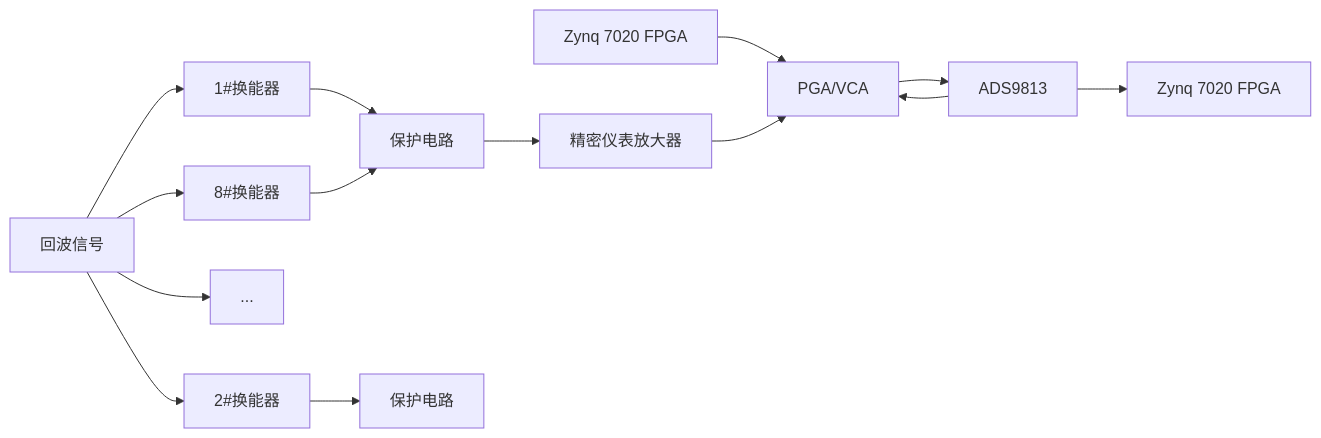
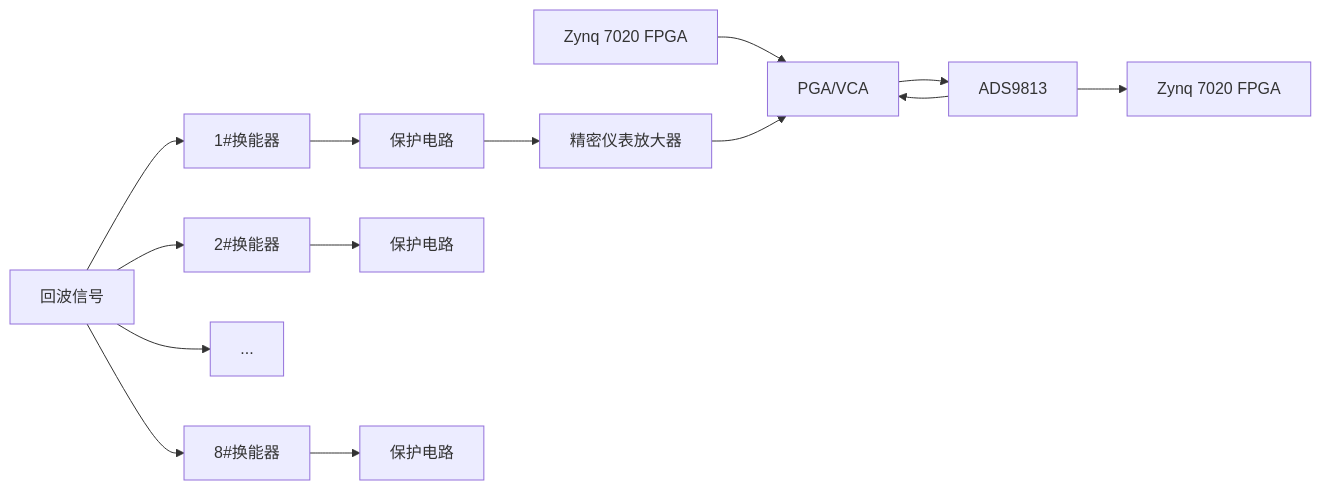
The diagram in all/多通道同步采集-1.md (Rukawa15/iodraw-files), drawn with Mermaid before and after one commit.

Commit message:
2025-06-19 14:10:20 update

````diff
--- a/all/多通道同步采集-1.md
+++ b/all/多通道同步采集-1.md
@@ -1,18 +1,18 @@
 ```mermaid
 graph LR
 A[回波信号]
 A --> B1[1#换能器]
 A --> B2[2#换能器]
 A --> ...
 A --> B8[8#换能器]
 B1 --> C1[保护电路]
 B2 --> C2[保护电路]
-B8 --> C1[保护电路]
+B8 --> C8[保护电路]
 H[Zynq 7020 FPGA] --> E
-C1 --> D[精密仪表放大器] 
+C1 --> D[精密仪表放大器]
 D --> E[PGA/VCA] 
 E --> F[ADS9813] 
 F --> G[Zynq 7020 FPGA]
 F --> E
 
 ```
````
